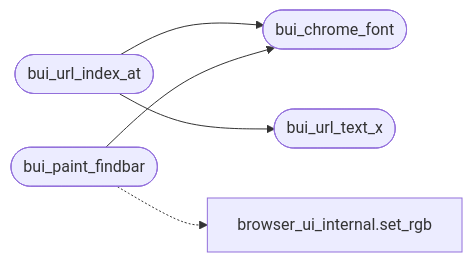
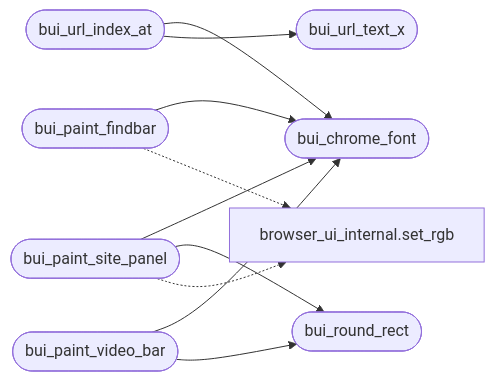
One commit to grisuno/FreeDom changed the diagram in readmenator-apidocs/modules/gui.bui_chrome.c.md. Above: the diagram before and after it, drawn with Mermaid. The commit also changed other lines of this file and 182 other files, not shown here.

````diff
--- a/readmenator-apidocs/modules/gui.bui_chrome.c.md
+++ b/readmenator-apidocs/modules/gui.bui_chrome.c.md
@@ -14,12 +14,20 @@
 ```mermaid
 flowchart LR
     n_gui_bui_chrome_c__bui_url_index_at(["bui_url_index_at"])
     n_gui_bui_chrome_c__bui_chrome_font(["bui_chrome_font"])
     n_gui_bui_chrome_c__bui_url_text_x(["bui_url_text_x"])
     n_gui_bui_chrome_c__bui_paint_findbar(["bui_paint_findbar"])
+    n_gui_bui_chrome_c__bui_paint_site_panel(["bui_paint_site_panel"])
+    n_gui_bui_chrome_c__bui_round_rect(["bui_round_rect"])
+    n_gui_bui_chrome_c__bui_paint_video_bar(["bui_paint_video_bar"])
     n_gui_browser_ui_internal_h__set_rgb["browser_ui_internal.set_rgb"]
     n_gui_bui_chrome_c__bui_url_index_at --> n_gui_bui_chrome_c__bui_chrome_font
     n_gui_bui_chrome_c__bui_url_index_at --> n_gui_bui_chrome_c__bui_url_text_x
     n_gui_bui_chrome_c__bui_paint_findbar --> n_gui_bui_chrome_c__bui_chrome_font
+    n_gui_bui_chrome_c__bui_paint_site_panel --> n_gui_bui_chrome_c__bui_chrome_font
+    n_gui_bui_chrome_c__bui_paint_site_panel --> n_gui_bui_chrome_c__bui_round_rect
+    n_gui_bui_chrome_c__bui_paint_video_bar --> n_gui_bui_chrome_c__bui_chrome_font
+    n_gui_bui_chrome_c__bui_paint_video_bar --> n_gui_bui_chrome_c__bui_round_rect
     n_gui_bui_chrome_c__bui_paint_findbar -.-> n_gui_browser_ui_internal_h__set_rgb
+    n_gui_bui_chrome_c__bui_paint_site_panel -.-> n_gui_browser_ui_internal_h__set_rgb
 ```
````
